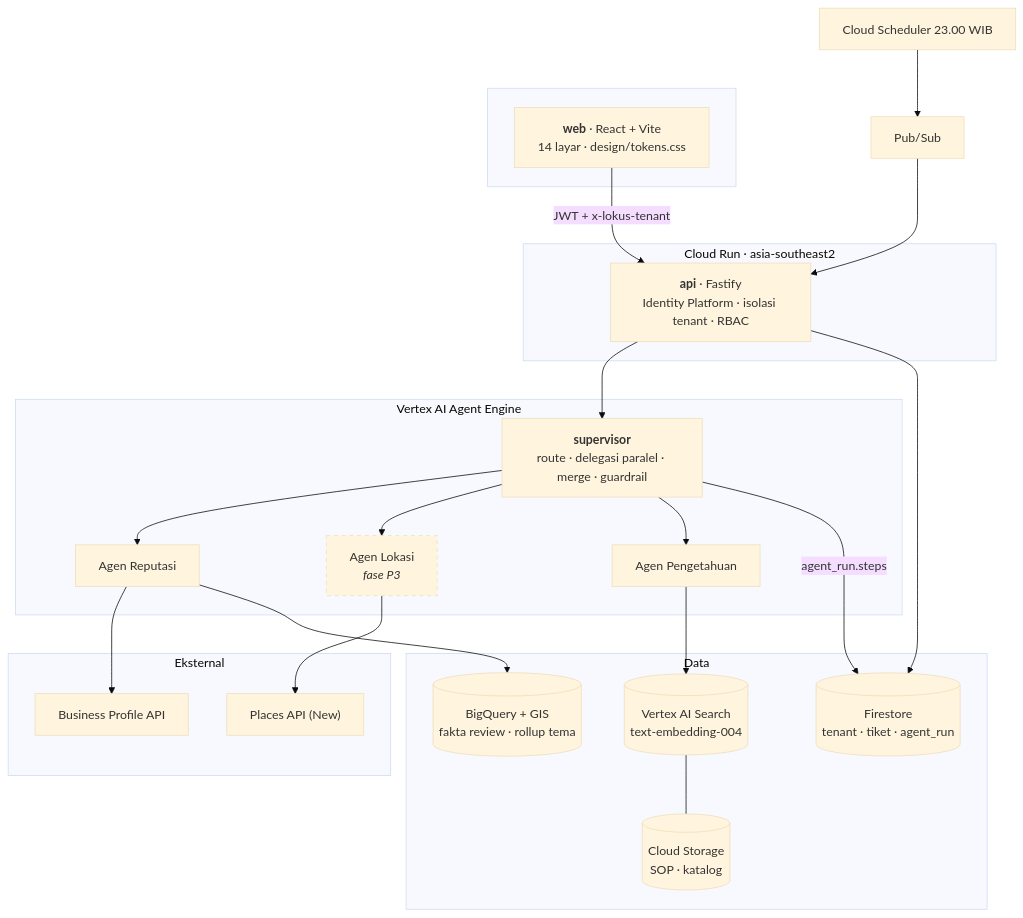
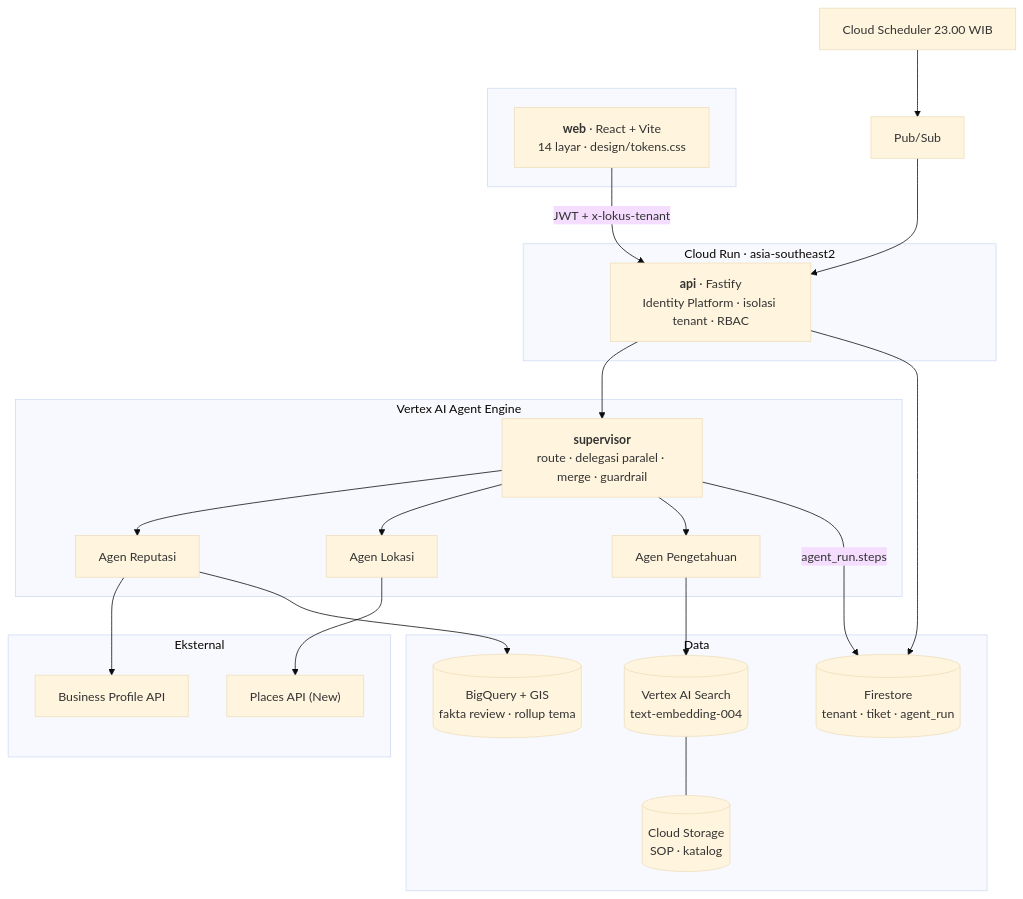
One commit to ardianwidyo/lokus changed the diagram in README.md. Above: the diagram before and after it, drawn with Mermaid (base theme). The commit also changed other lines of this file and 24 other files, not shown here.

````diff
--- a/README.md
+++ b/README.md
@@ -100,45 +100,42 @@
 ```mermaid
 flowchart TB
   subgraph klien[" "]
     web["<b>web</b> · React + Vite<br/>14 layar · design/tokens.css"]
   end
 
   subgraph run["Cloud Run · asia-southeast2"]
     api["<b>api</b> · Fastify<br/>Identity Platform · isolasi tenant · RBAC"]
   end
 
   subgraph agen["Vertex AI Agent Engine"]
     sup["<b>supervisor</b><br/>route · delegasi paralel · merge · guardrail"]
     rep["Agen Reputasi"]
-    loc["Agen Lokasi<br/><i>fase P3</i>"]
+    loc["Agen Lokasi"]
     kno["Agen Pengetahuan"]
   end
 
   subgraph data["Data"]
     bq[("BigQuery + GIS<br/>fakta review · rollup tema")]
     fs[("Firestore<br/>tenant · tiket · agent_run")]
     vs[("Vertex AI Search<br/>text-embedding-004")]
     gcs[("Cloud Storage<br/>SOP · katalog")]
   end
 
   subgraph ext["Eksternal"]
     gbp["Business Profile API"]
     places["Places API (New)"]
   end
 
   web -->|"JWT + x-lokus-tenant"| api
   api --> sup
   sup --> rep & loc & kno
   rep --> gbp
   rep --> bq
   loc --> places
   kno --> vs
   vs --- gcs
   sup -->|"agent_run.steps"| fs
   api --> fs
 
   sched["Cloud Scheduler 23.00 WIB"] --> pubsub["Pub/Sub"] --> api
-
-  classDef pending stroke-dasharray: 5 5
-  class loc pending
 ```
````
